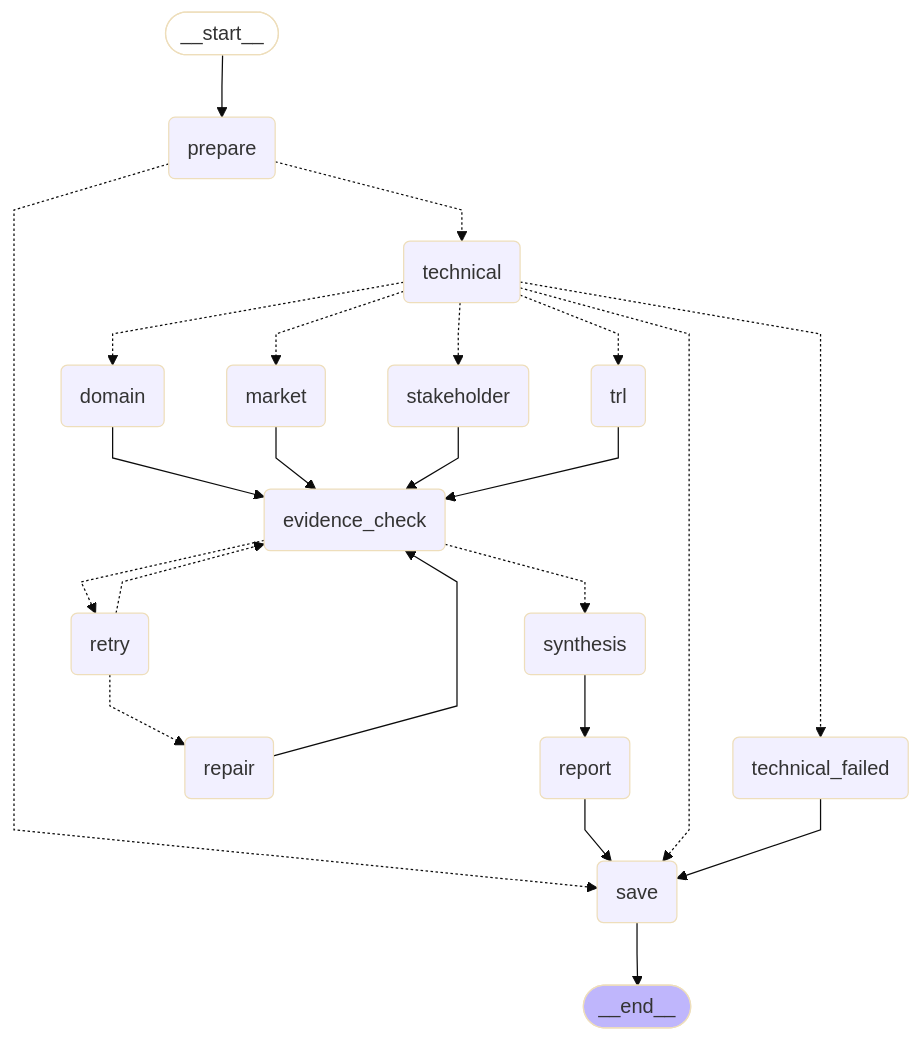
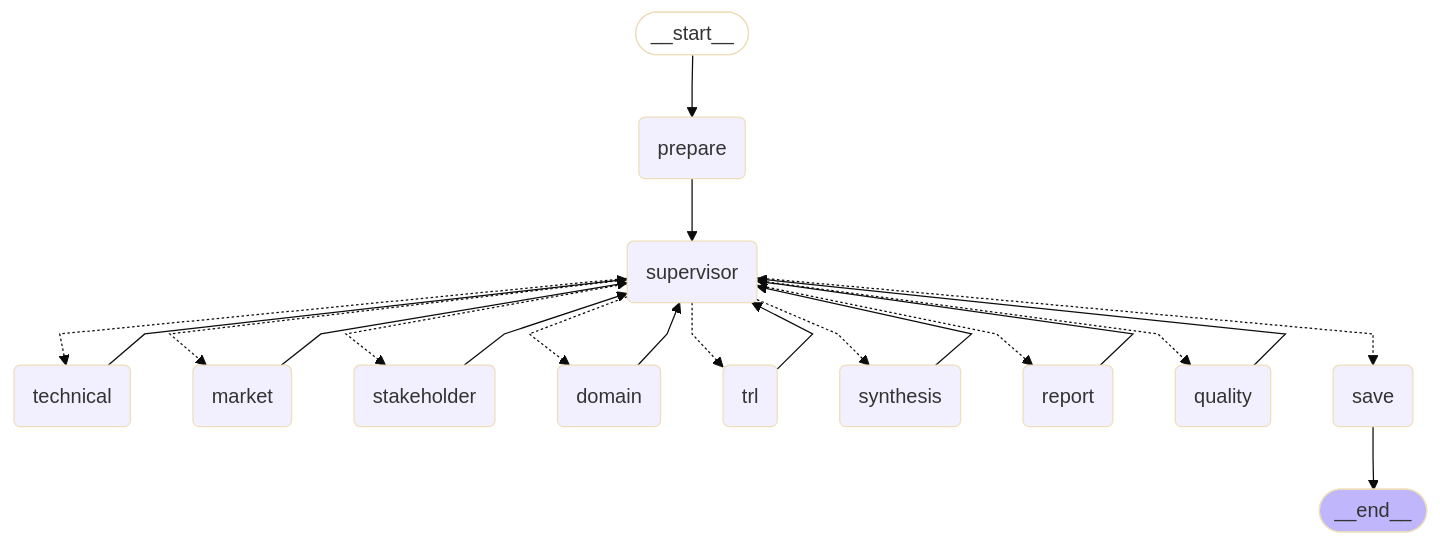
One commit to Sdeogi/skala-rag changed the diagram in docs/graph.mmd. Above: the diagram before and after it, drawn with Mermaid (base theme). The commit also changed 2 other files, not shown here.

Commit message:
feat(graph): persist runs with run_id, checkpointer and LangSmith metadata
app.py가 build_graph에 InMemorySaver를 붙이고, initial_state가 만든 run_id를 thread_id, LangSmith metadata, run_name, tags에 함께 넣어 스트림한다. 같은 run_id가 State와 manifest와 트레이스를 잇는다. 실행 시작 때 run_id를 출력한다.

demo.py의 fixture 관점 서비스가 Send 페이로드의 네 키만 읽도록 맞췄다. rework_requests가 오면 이전 판정을 유지하고 요청받은 항목만 다시 만들며, 재작업 항목 수와 known_evidence_ids 수를 metrics에 남긴다.

docs/graph.mmd를 Supervisor 허브 구조로 다시 생성했다.

SQLite 체크포인트 파일과 resume 옵션은 langgraph-checkpoint-sqlite 의존성이 아직 없어 넣지 않았다.

```diff
--- a/docs/graph.mmd
+++ b/docs/graph.mmd
@@ -1,46 +1,42 @@
 ---
 config:
   flowchart:
     curve: linear
 ---
 graph TD;
 	__start__([<p>__start__</p>]):::first
 	prepare(prepare)
+	supervisor(supervisor)
 	technical(technical)
-	technical_failed(technical_failed)
 	market(market)
 	stakeholder(stakeholder)
 	domain(domain)
 	trl(trl)
-	evidence_check(evidence_check)
-	retry(retry)
-	repair(repair)
 	synthesis(synthesis)
 	report(report)
+	quality(quality)
 	save(save)
 	__end__([<p>__end__</p>]):::last
 	__start__ --> prepare;
-	domain --> evidence_check;
-	evidence_check -.-> retry;
-	evidence_check -.-> synthesis;
-	market --> evidence_check;
-	prepare -.-> save;
-	prepare -.-> technical;
-	repair --> evidence_check;
-	report --> save;
-	retry -.-> evidence_check;
-	retry -.-> repair;
-	stakeholder --> evidence_check;
-	synthesis --> report;
-	technical -.-> domain;
-	technical -.-> market;
-	technical -.-> save;
-	technical -.-> stakeholder;
-	technical -.-> technical_failed;
-	technical -.-> trl;
-	technical_failed --> save;
-	trl --> evidence_check;
+	domain --> supervisor;
+	market --> supervisor;
+	prepare --> supervisor;
+	quality --> supervisor;
+	report --> supervisor;
+	stakeholder --> supervisor;
+	supervisor -.-> domain;
+	supervisor -.-> market;
+	supervisor -.-> quality;
+	supervisor -.-> report;
+	supervisor -.-> save;
+	supervisor -.-> stakeholder;
+	supervisor -.-> synthesis;
+	supervisor -.-> technical;
+	supervisor -.-> trl;
+	synthesis --> supervisor;
+	technical --> supervisor;
+	trl --> supervisor;
 	save --> __end__;
 	classDef default fill:#f2f0ff,line-height:1.2
 	classDef first fill-opacity:0
 	classDef last fill:#bfb6fc
```
